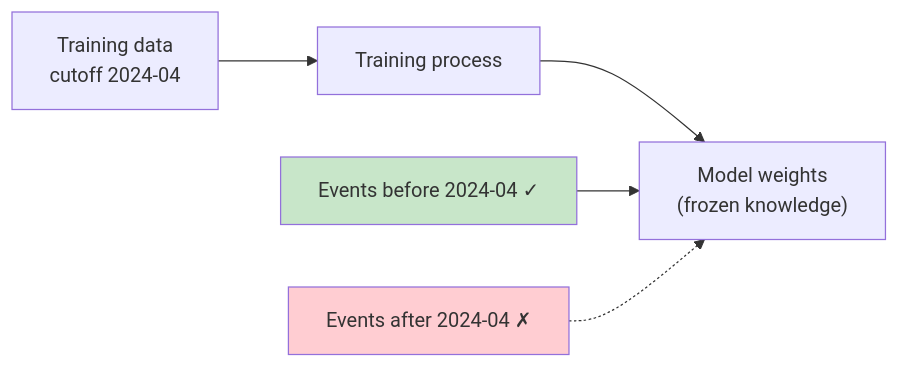
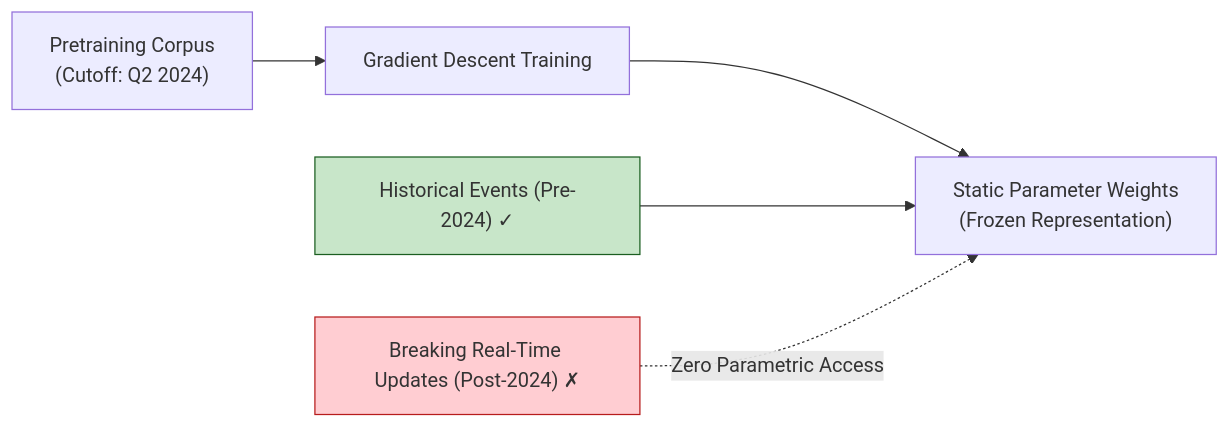
One commit to yingwang/thinking-in-llm changed the fifth of 9 diagrams in en/chapters/06-limitations.md. Above: the diagram before and after it, drawn with Mermaid. The commit also changed other lines of this file and 31 other files, not shown here.

````diff
--- a/en/chapters/06-limitations.md
+++ b/en/chapters/06-limitations.md
@@ -339,10 +271,10 @@
 ```mermaid
 flowchart LR
-    D["Training data<br>cutoff 2024-04"] --> T["Training process"] --> W["Model weights<br>(frozen knowledge)"]
+    D["Pretraining Corpus<br/>(Cutoff: Q2 2024)"] --> T["Gradient Descent Training"] --> W["Static Parameter Weights<br/>(Frozen Representation)"]
 
-    E1["Events before 2024-04 ✓"] --> W
-    E2["Events after 2024-04 ✗"] -.-> W
+    E1["Historical Events (Pre-2024) ✓"] --> W
+    E2["Breaking Real-Time Updates (Post-2024) ✗"] -.->|"Zero Parametric Access"| W
 
-    style E1 fill:#c8e6c9
-    style E2 fill:#ffcdd2
+    style E1 fill:#c8e6c9,stroke:#1b5e20
+    style E2 fill:#ffcdd2,stroke:#b71c1c
 ```
````
